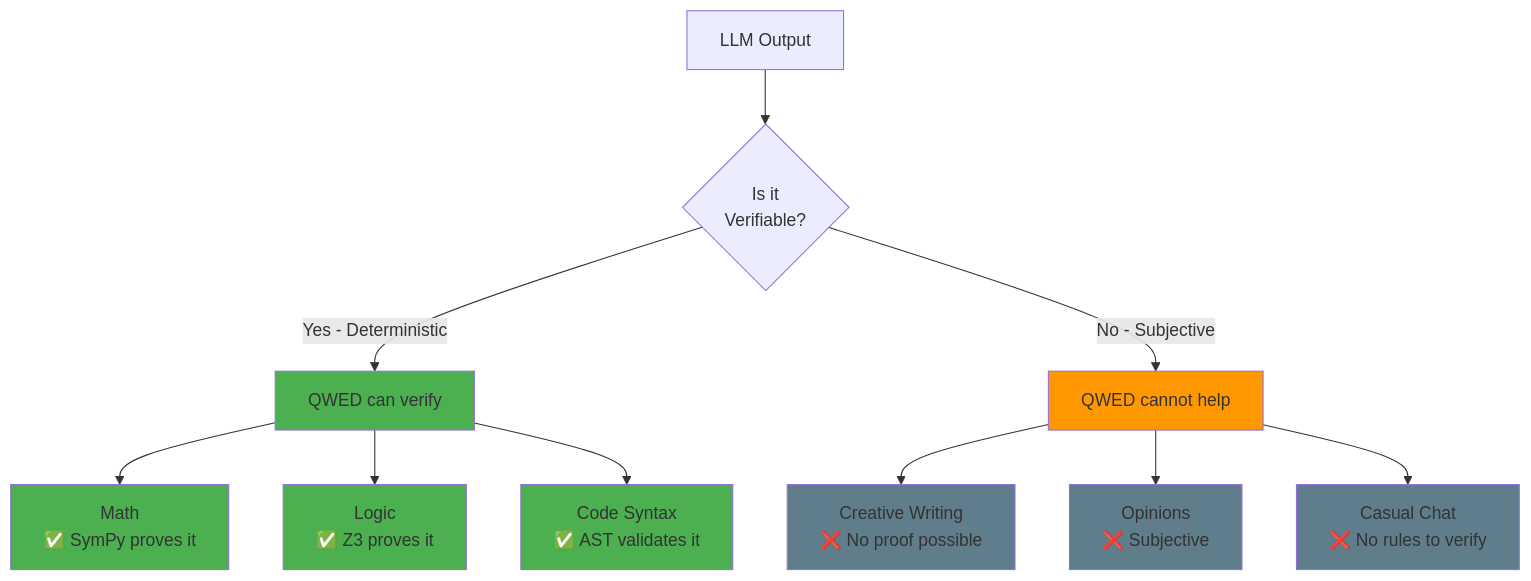
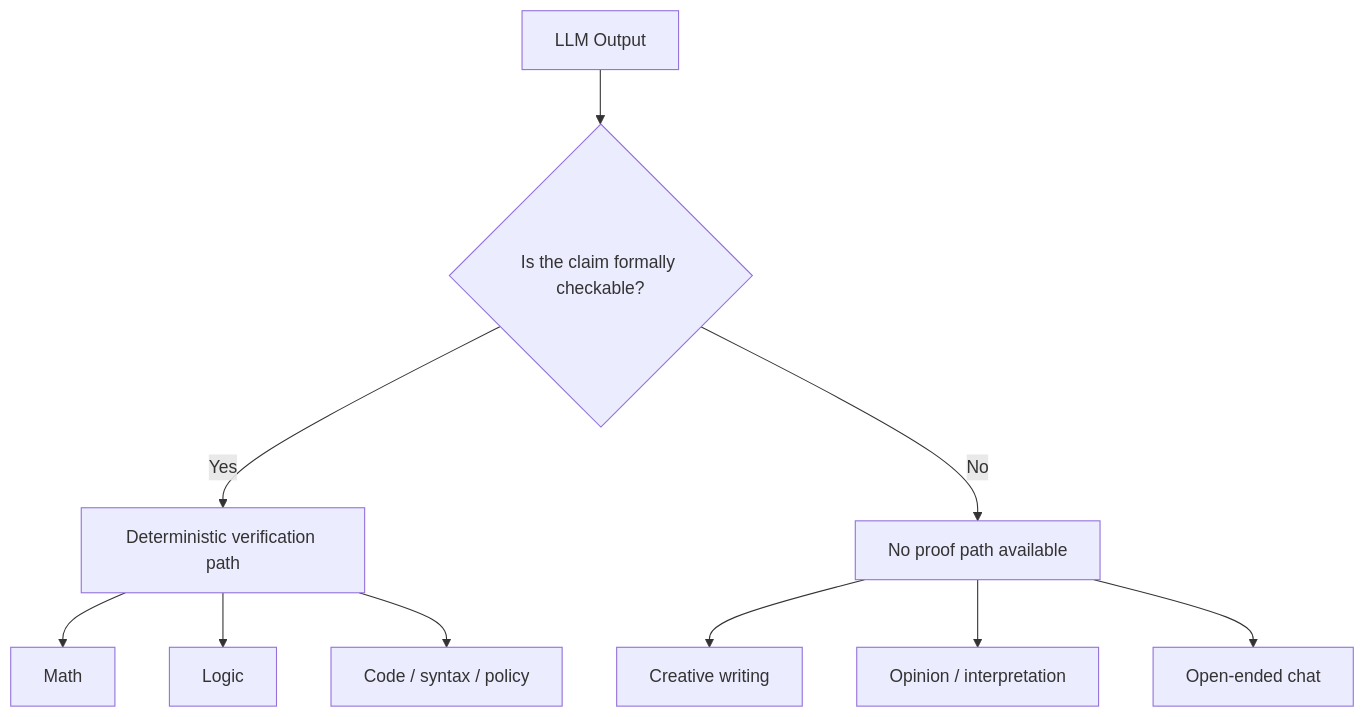
The diagram in module-1-the-crisis/README.md (QWED-AI/qwed-learning), drawn with Mermaid before and after one commit. The commit also changed other lines of this file and 23 other files, not shown here.

````diff
--- a/module-1-the-crisis/README.md
+++ b/module-1-the-crisis/README.md
@@ -63,24 +54,12 @@
 ```mermaid
 graph TB
-    A[LLM Output] --> B{Is it<br/>Verifiable?}
-    
-    B -->|Yes - Deterministic| C[QWED can verify]
-    B -->|No - Subjective| D[QWED cannot help]
-    
-    C --> E[Math<br/>✅ SymPy proves it]
-    C --> F[Logic<br/>✅ Z3 proves it]
-    C --> G[Code Syntax<br/>✅ AST validates it]
-    
-    D --> H[Creative Writing<br/>❌ No proof possible]
-    D --> I[Opinions<br/>❌ Subjective]
-    D --> J[Casual Chat<br/>❌ No rules to verify]
-    
-    style C fill:#4caf50
-    style D fill:#ff9800
-    style E fill:#4caf50
-    style F fill:#4caf50
-    style G fill:#4caf50
-    style H fill:#607d8b
-    style I fill:#607d8b
-    style J fill:#607d8b
+    A["LLM Output"] --> B{"Is the claim formally checkable?"}
+    B -->|Yes| C["Deterministic verification path"]
+    B -->|No| D["No proof path available"]
+    C --> E["Math"]
+    C --> F["Logic"]
+    C --> G["Code / syntax / policy"]
+    D --> H["Creative writing"]
+    D --> I["Opinion / interpretation"]
+    D --> J["Open-ended chat"]
 ```
````
